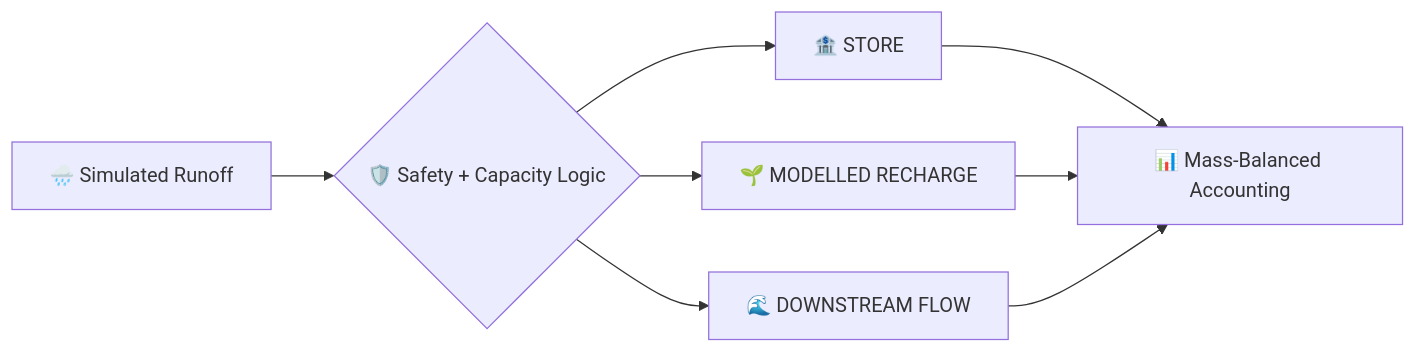
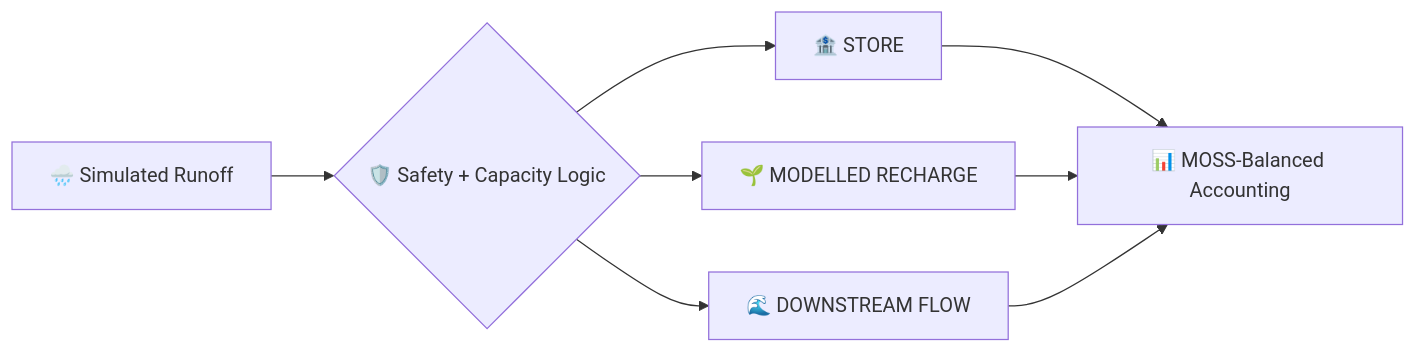
One commit to Janicebenita/CHENNAI_WATER_BANK_AI changed the third of 4 diagrams in README.md. Above: the diagram before and after it, drawn with Mermaid.

Commit message:
Update accounting term in README

````diff
--- a/README.md
+++ b/README.md
@@ -357,10 +357,10 @@
 ```mermaid
 flowchart LR
     R["🌧️ Simulated Runoff"] --> S{"🛡️ Safety + Capacity Logic"}
     S --> A["🏦 STORE"]
     S --> B["🌱 MODELLED RECHARGE"]
     S --> C["🌊 DOWNSTREAM FLOW"]
-    A --> D["📊 Mass-Balanced Accounting"]
+    A --> D["📊 MOSS-Balanced Accounting"]
     B --> D
     C --> D
 ```
````
